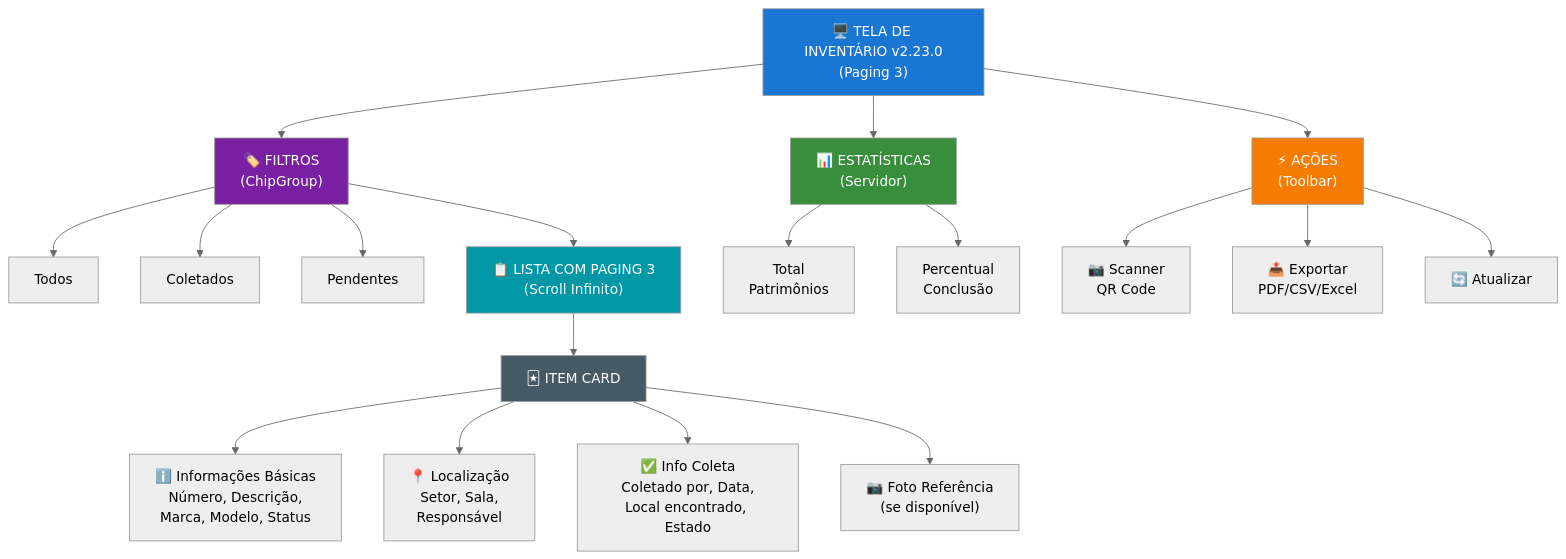
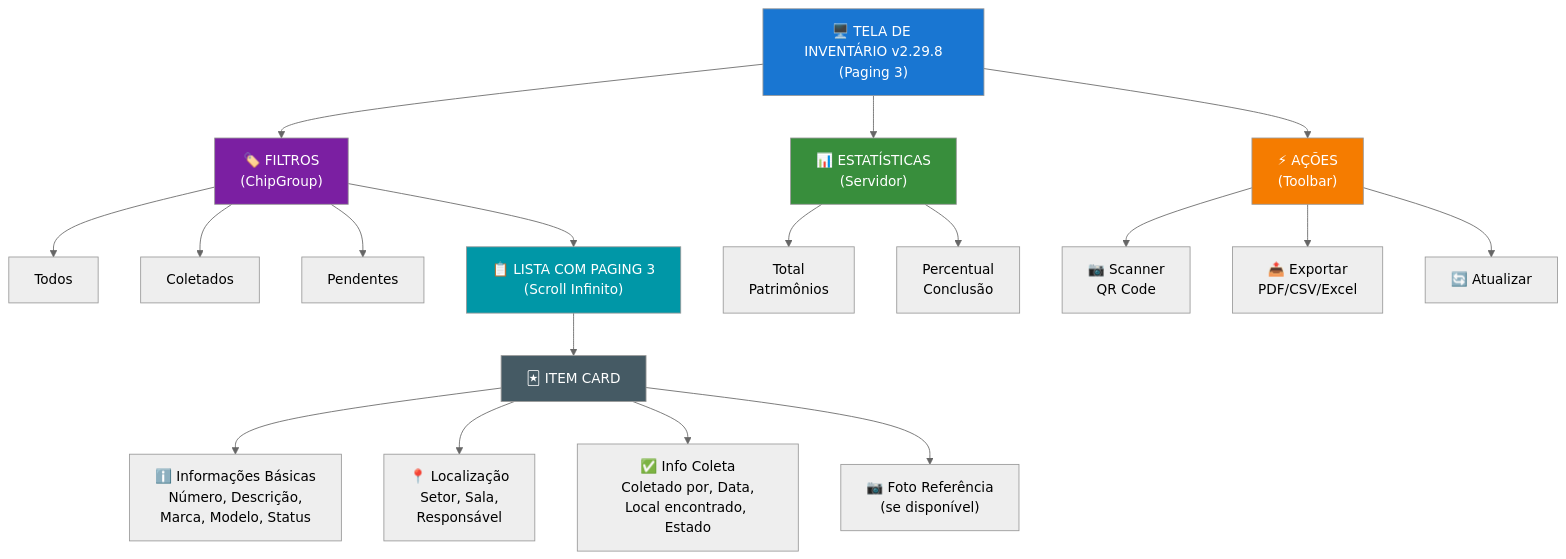
One commit to romuloaraujo1988/MASTER_INVENTARIO changed the first of 15 diagrams in InventarioMobile/DIAGRAMA_FUNCIONALIDADES_V1.3.md. Above: the diagram before and after it, drawn with Mermaid (neutral theme). The commit also changed other lines of this file and 189 other files, not shown here.

````diff
--- a/InventarioMobile/DIAGRAMA_FUNCIONALIDADES_V1.3.md
+++ b/InventarioMobile/DIAGRAMA_FUNCIONALIDADES_V1.3.md
@@ -5,35 +7,35 @@
 ```mermaid
 graph TD
-    TELA["🖥️ TELA DE INVENTÁRIO v2.23.0<br/>(Paging 3)"]
+    TELA["🖥️ TELA DE INVENTÁRIO v2.29.8<br/>(Paging 3)"]
     
     TELA --> FILTROS["🏷️ FILTROS<br/>(ChipGroup)"]
     TELA --> STATS["📊 ESTATÍSTICAS<br/>(Servidor)"]
     TELA --> ACOES["⚡ AÇÕES<br/>(Toolbar)"]
     
     FILTROS --> TODOS["Todos"]
     FILTROS --> COLETADOS["Coletados"]
     FILTROS --> PENDENTES["Pendentes"]
     
     STATS --> TOTAL["Total<br/>Patrimônios"]
     STATS --> PERCENT["Percentual<br/>Conclusão"]
     
     ACOES --> SCANNER["📷 Scanner<br/>QR Code"]
     ACOES --> EXPORTAR["📤 Exportar<br/>PDF/CSV/Excel"]
     ACOES --> REFRESH["🔄 Atualizar"]
     
     FILTROS --> LISTA["📋 LISTA COM PAGING 3<br/>(Scroll Infinito)"]
     
     LISTA --> CARD["🃏 ITEM CARD"]
     
     CARD --> INFO["ℹ️ Informações Básicas<br/>Número, Descrição,<br/>Marca, Modelo, Status"]
     CARD --> LOCAL["📍 Localização<br/>Setor, Sala,<br/>Responsável"]
     CARD --> COLETA["✅ Info Coleta<br/>Coletado por, Data,<br/>Local encontrado, Estado"]
     CARD --> FOTO["📷 Foto Referência<br/>(se disponível)"]
 
     style TELA fill:#1976D2,color:#fff
     style FILTROS fill:#7B1FA2,color:#fff
     style STATS fill:#388E3C,color:#fff
     style ACOES fill:#F57C00,color:#fff
     style LISTA fill:#0097A7,color:#fff
     style CARD fill:#455A64,color:#fff
 ```
````
